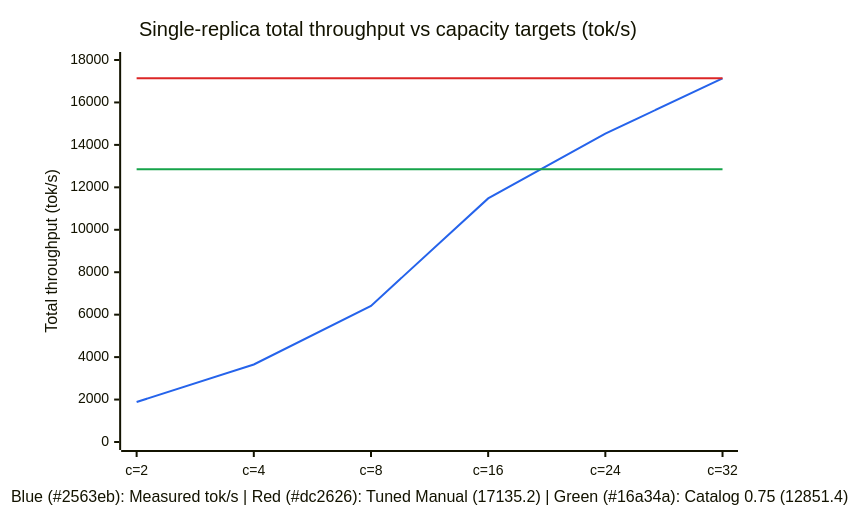
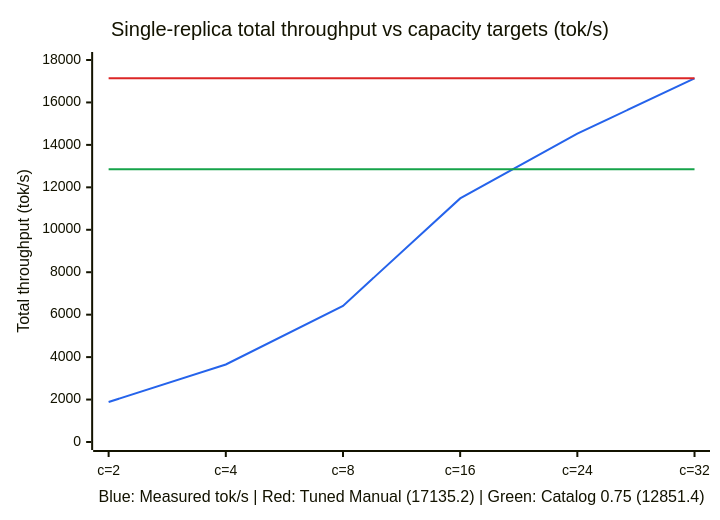
Before and after one commit to gpustack/gpustack-operator: the fourth of 9 diagrams in docs/modules/model-deployment/scaling-benchmark.md, drawn with Mermaid. The commit also changed other lines of this file, not shown here.

Commit message:
docs(scaling): remove hex color codes from xychart-beta x-axis labels

````diff
--- a/docs/modules/model-deployment/scaling-benchmark.md
+++ b/docs/modules/model-deployment/scaling-benchmark.md
@@ -300,10 +300,10 @@
 ```mermaid
 %%{init: {"themeVariables": {"xyChart": {"plotColorPalette": "#2563eb, #dc2626, #16a34a"}}}}%%
 xychart-beta
     title "Single-replica total throughput vs capacity targets (tok/s)"
-    x-axis "Blue (#2563eb): Measured tok/s | Red (#dc2626): Tuned Manual (17135.2) | Green (#16a34a): Catalog 0.75 (12851.4)" ["c=2", "c=4", "c=8", "c=16", "c=24", "c=32"]
+    x-axis "Blue: Measured tok/s | Red: Tuned Manual (17135.2) | Green: Catalog 0.75 (12851.4)" ["c=2", "c=4", "c=8", "c=16", "c=24", "c=32"]
     y-axis "Total throughput (tok/s)" 0 --> 18000
     line "Measured tok/s" [1882.56, 3653.261, 6414.232, 11477.608, 14527.811, 17135.159]
     line "Tuned Manual (17135.2)" [17135.159, 17135.159, 17135.159, 17135.159, 17135.159, 17135.159]
     line "Catalog 0.75 (12851.4)" [12851.37, 12851.37, 12851.37, 12851.37, 12851.37, 12851.37]
 ```
````
